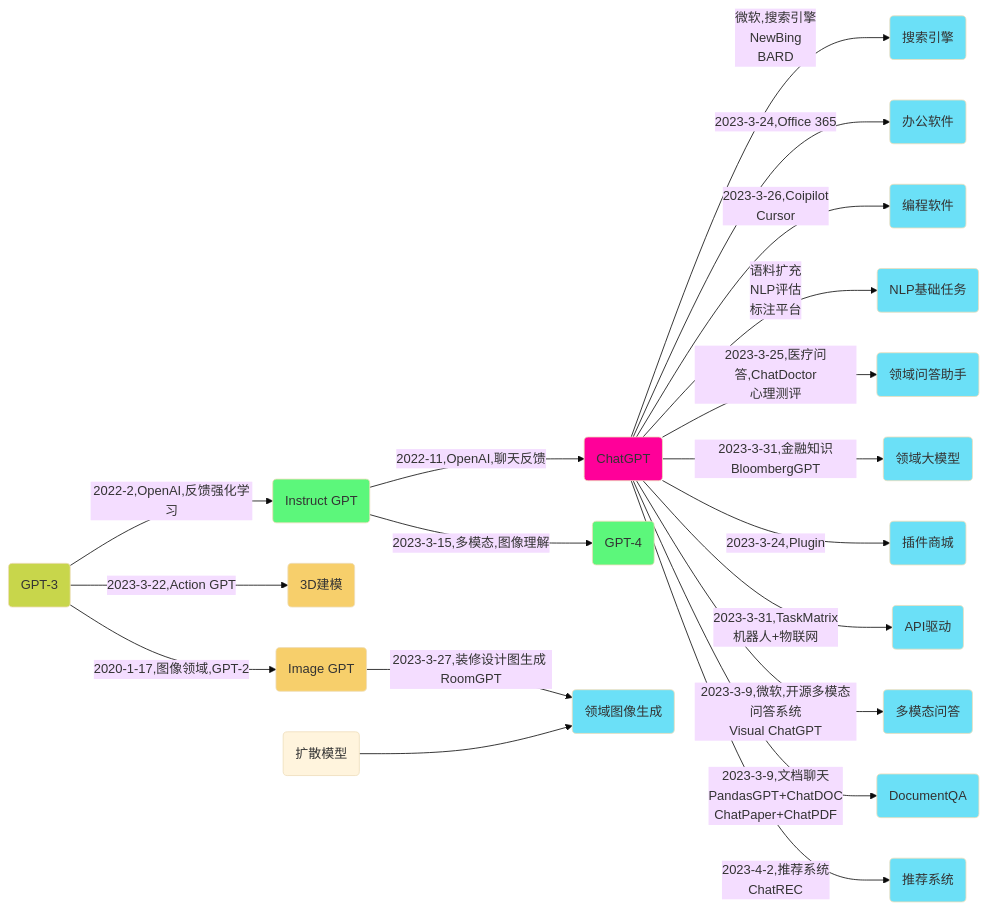
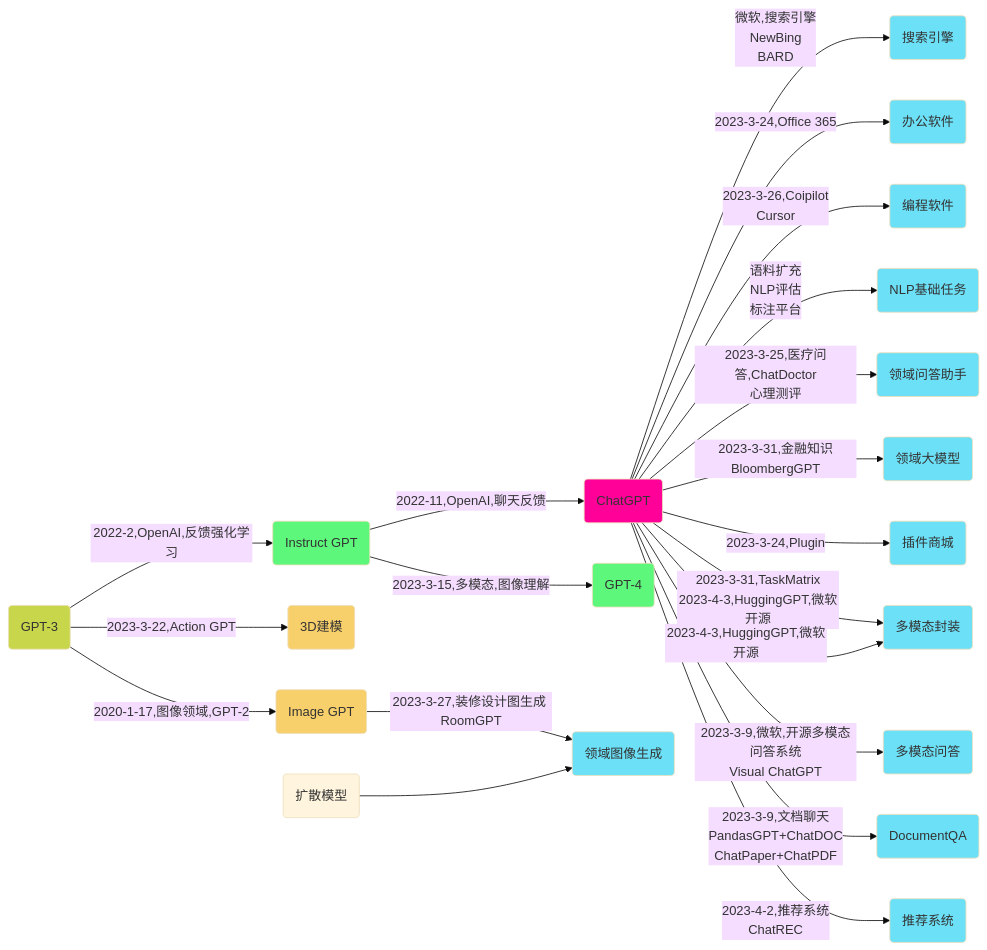
The diagram in _posts/2023-03-30-chatgpt-application.md (Gaohaoyang/gaohaoyang.github.io), drawn with Mermaid (base theme) before and after one commit. The commit also changed other lines of this file, not shown here.

Commit message:
HuggingGPT

```diff
--- a/_posts/2023-03-30-chatgpt-application.md
+++ b/_posts/2023-03-30-chatgpt-application.md
@@ -453,33 +453,34 @@
 <div class="mermaid">
     flowchart LR
     %% 节点颜色
     classDef red fill:#F09;
     classDef green fill:#5CF77B;
     classDef blue fill:#6BE0F7;
     classDef orange fill:#F7CF6B;
     classDef grass fill:#C8D64B;
     %%节点关系定义
     D(GPT-3):::grass
     D-->|2022-2,OpenAI,反馈强化学习|E(Instruct GPT):::green
     E-->|2022-11,OpenAI,聊天反馈|F(ChatGPT):::red
     E-->|2023-3-15,多模态,图像理解|G(GPT-4):::green
 
     D-->|2023-3-22,Action GPT|A(3D建模):::orange
     D-->|2020-1-17,图像领域,GPT-2|IG(Image GPT):::orange
 
     F-->|微软,搜索引擎\nNewBing\nBARD|F00(搜索引擎):::blue
     F-->|2023-3-24,Office 365|F01(办公软件):::blue
     F-->|2023-3-26,Coipilot\nCursor|F02(编程软件):::blue
     F-->|语料扩充\nNLP评估\n标注平台|F03(NLP基础任务):::blue
     F-->|2023-3-25,医疗问答,ChatDoctor\n心理测评|F1(领域问答助手):::blue
     IG-->|2023-3-27,装修设计图生成 RoomGPT|F2(领域图像生成):::blue
     V(扩散模型)-->F2
     F-->|2023-3-31,金融知识BloombergGPT|F3(领域大模型):::blue
     F-->|2023-3-24,Plugin|F4(插件商城):::blue
-    F-->|2023-3-31,TaskMatrix\n机器人+物联网|F5(API驱动):::blue
+    F-->|2023-3-31,TaskMatrix\n2023-4-3,HuggingGPT,微软开源|F5(API驱动):::blue
+    F-->|2023-4-3,HuggingGPT,微软开源|F5(多模态封装):::blue
     F-->|2023-3-9,微软,开源多模态问答系统\nVisual ChatGPT|F6(多模态问答):::blue
     F-->|2023-3-9,文档聊天\nPandasGPT+ChatDOC\nChatPaper+ChatPDF|F7(DocumentQA):::blue
     F-->|2023-4-2,推荐系统\nChatREC|F8(推荐系统):::blue
 
 
 </div>
```
